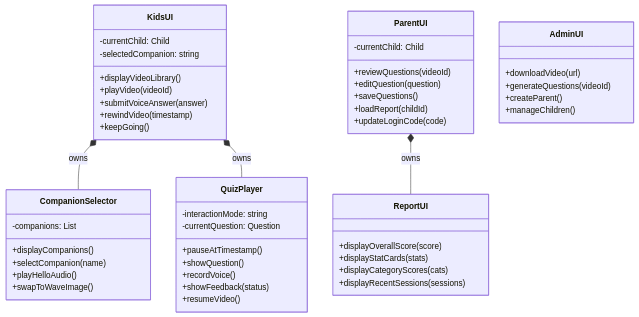
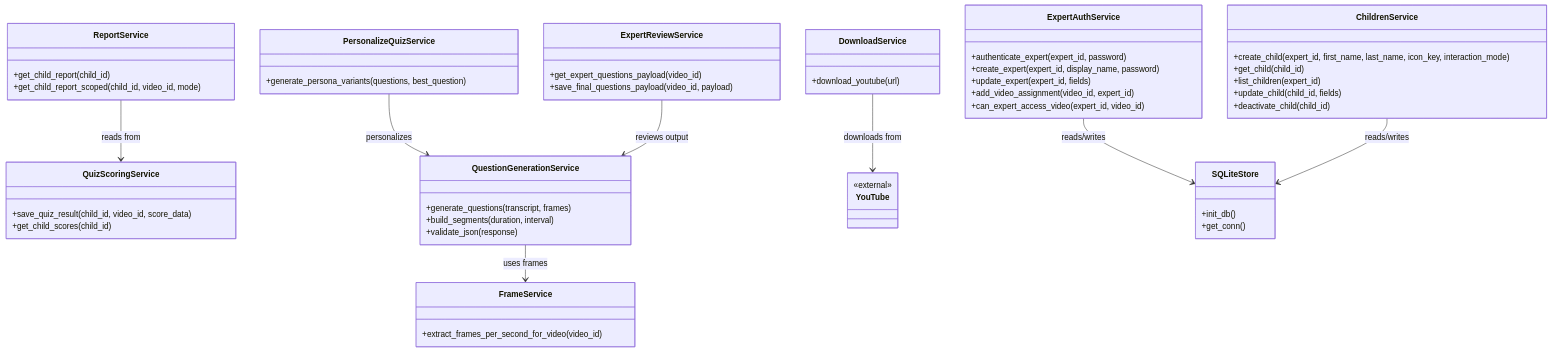
Before and after one commit to Capstone-Projects-2026-spring/project-piggyback-learning-piggyback-1: the second of 3 diagrams in documentation/docs/system-architecture/class-diagrams.md, drawn with Mermaid. The commit also changed other lines of this file and 3 other files, not shown here.

Commit message:
removed useless diagrams and updated class diagram

````diff
--- a/documentation/docs/system-architecture/class-diagrams.md
+++ b/documentation/docs/system-architecture/class-diagrams.md
@@ -137,61 +43,58 @@
 ```mermaid
 classDiagram
-    class KidsUI {
-        -currentChild: Child
-        -selectedCompanion: string
-
-        +displayVideoLibrary()
-        +playVideo(videoId)
-        +submitVoiceAnswer(answer)
-        +rewindVideo(timestamp)
-        +keepGoing()
+    class ExpertAuthService {
+        +authenticate_expert(expert_id, password)
+        +create_expert(expert_id, display_name, password)
+        +update_expert(expert_id, fields)
+        +add_video_assignment(video_id, expert_id)
+        +can_expert_access_video(expert_id, video_id)
+    }
+    class ChildrenService {
+        +create_child(expert_id, first_name, last_name, icon_key, interaction_mode)
+        +get_child(child_id)
+        +list_children(expert_id)
+        +update_child(child_id, fields)
+        +deactivate_child(child_id)
+    }
+    class QuizScoringService {
+        +save_quiz_result(child_id, video_id, score_data)
+        +get_child_scores(child_id)
+    }
+    class ReportService {
+        +get_child_report(child_id)
+        +get_child_report_scoped(child_id, video_id, mode)
+    }
+    class QuestionGenerationService {
+        +generate_questions(transcript, frames)
+        +build_segments(duration, interval)
+        +validate_json(response)
+    }
+    class PersonalizeQuizService {
+        +generate_persona_variants(questions, best_question)
+    }
+    class ExpertReviewService {
+        +get_expert_questions_payload(video_id)
+        +save_final_questions_payload(video_id, payload)
+    }
+    class DownloadService {
+        +download_youtube(url)
+    }
+    class YouTube {
+        <<external>>
+    }
+    class FrameService {
+        +extract_frames_per_second_for_video(video_id)
+    }
+    class SQLiteStore {
+        +init_db()
+        +get_conn()
     }
 
-    class CompanionSelector {
-        -companions: List
-
-        +displayCompanions()
-        +selectCompanion(name)
-        +playHelloAudio()
-        +swapToWaveImage()
-    }
-
-    class QuizPlayer {
-        -interactionMode: string
-        -currentQuestion: Question
-
-        +pauseAtTimestamp()
-        +showQuestion()
-        +recordVoice()
-        +showFeedback(status)
-        +resumeVideo()
-    }
-
-    class ParentUI {
-        -currentChild: Child
-
-        +reviewQuestions(videoId)
-        +editQuestion(question)
-        +saveQuestions()
-        +loadReport(childId)
-        +updateLoginCode(code)
-    }
-
-    class AdminUI {
-        +downloadVideo(url)
-        +generateQuestions(videoId)
-        +createParent()
-        +manageChildren()
-    }
-
-    class ReportUI {
-        +displayOverallScore(score)
-        +displayStatCards(stats)
-        +displayCategoryScores(cats)
-        +displayRecentSessions(sessions)
-    }
-
-    KidsUI *-- CompanionSelector : owns
-    KidsUI *-- QuizPlayer : owns
-    ParentUI *-- ReportUI : owns
+    ExpertAuthService --> SQLiteStore : reads/writes
+    ChildrenService --> SQLiteStore : reads/writes
+    ReportService --> QuizScoringService : reads from
+    QuestionGenerationService --> FrameService : uses frames
+    PersonalizeQuizService --> QuestionGenerationService : personalizes
+    ExpertReviewService --> QuestionGenerationService : reviews output
+    DownloadService --> YouTube : downloads from
 ```
````
